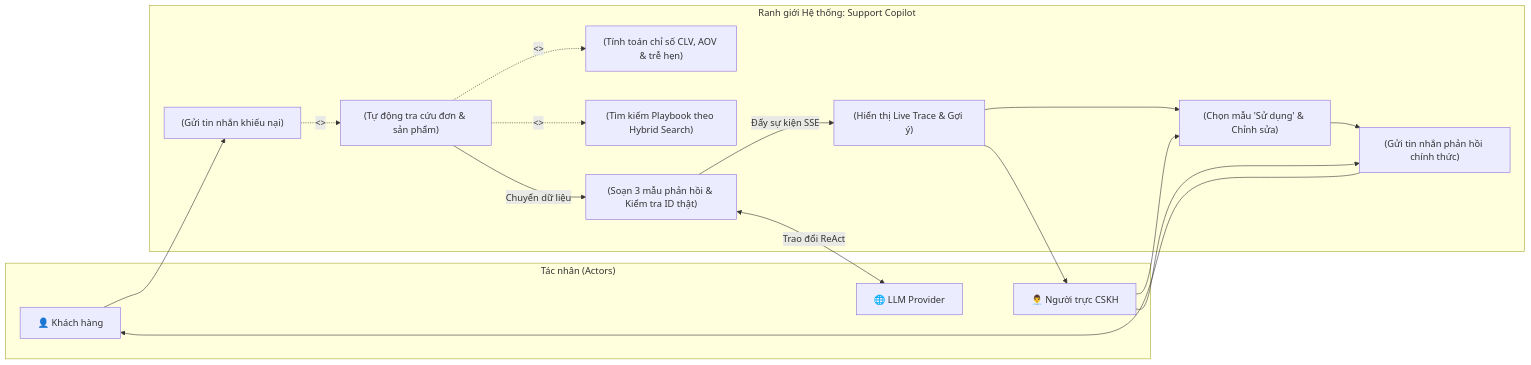
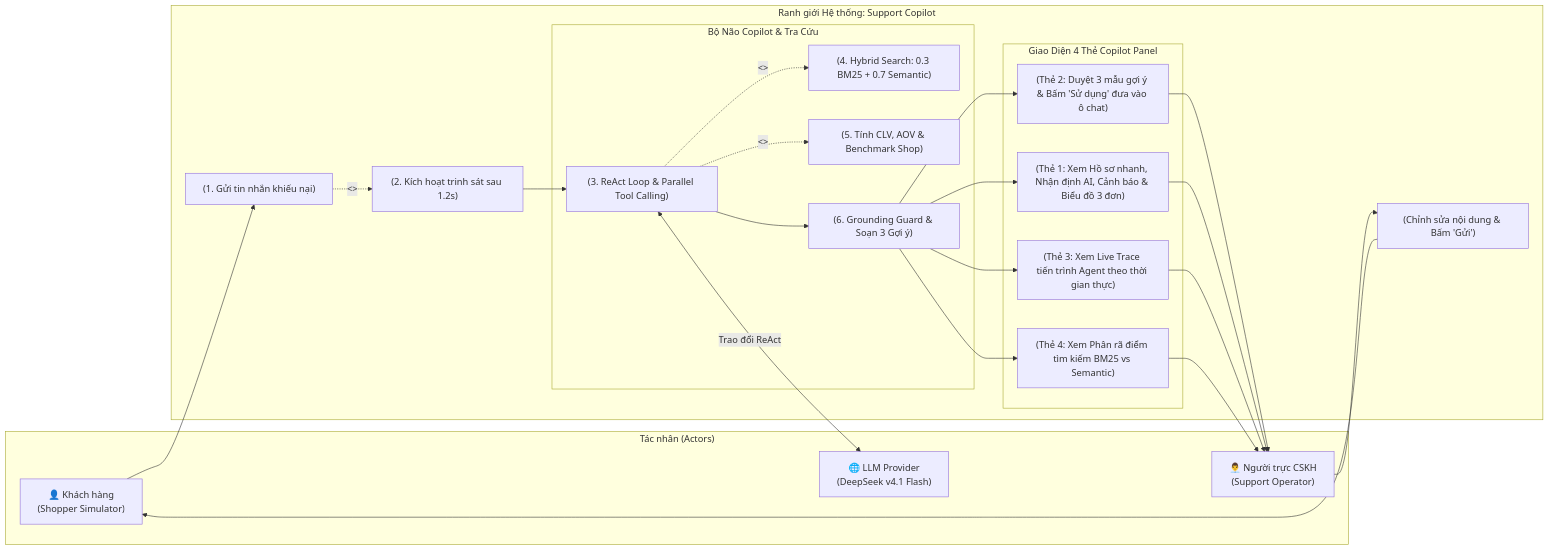
The second of 2 diagrams in docs/architecture/01-system-context.md (phamvantienkiz/copilot-support), drawn with Mermaid before and after one commit. The commit also changed other lines of this file and 6 other files, not shown here.

Commit message:
update architecture

````diff
--- a/docs/architecture/01-system-context.md
+++ b/docs/architecture/01-system-context.md
@@ -34,34 +34,48 @@
 ```mermaid
 flowchart LR
     subgraph Actors ["Tác nhân (Actors)"]
-        Customer["👤 Khách hàng"]
-        Operator["👨‍💼 Người trực CSKH"]
-        LLMService["🌐 LLM Provider"]
+        Customer["👤 Khách hàng\n(Shopper Simulator)"]
+        Operator["👨‍💼 Người trực CSKH\n(Support Operator)"]
+        LLMService["🌐 LLM Provider\n(DeepSeek v4.1 Flash)"]
     end
 
     subgraph SystemBoundary ["Ranh giới Hệ thống: Support Copilot"]
-        UC1["(Gửi tin nhắn khiếu nại)"]
-        UC2["(Tự động tra cứu đơn & sản phẩm)"]
-        UC3["(Tính toán chỉ số CLV, AOV & trễ hẹn)"]
-        UC4["(Tìm kiếm Playbook theo Hybrid Search)"]
-        UC5["(Soạn 3 mẫu phản hồi & Kiểm tra ID thật)"]
-        UC6["(Hiển thị Live Trace & Gợi ý)"]
-        UC7["(Chọn mẫu 'Sử dụng' & Chỉnh sửa)"]
-        UC8["(Gửi tin nhắn phản hồi chính thức)"]
+        UC1["(1. Gửi tin nhắn khiếu nại)"]
+        UC2["(2. Kích hoạt trinh sát sau 1.2s)"]
         
-        UC1 -.->|<<trigger sau 1.2s>>| UC2
-        UC2 -.->|<<include>>| UC3
-        UC2 -.->|<<include>>| UC4
-        UC2 -->|Chuyển dữ liệu| UC5
-        UC5 <-->|Trao đổi ReAct| LLMService
-        UC5 -->|Đẩy sự kiện SSE| UC6
+        subgraph CopilotCore ["Bộ Não Copilot & Tra Cứu"]
+            UC3["(3. ReAct Loop & Parallel Tool Calling)"]
+            UC4["(4. Hybrid Search: 0.3 BM25 + 0.7 Semantic)"]
+            UC5["(5. Tính CLV, AOV & Benchmark Shop)"]
+            UC6["(6. Grounding Guard & Soạn 3 Gợi ý)"]
+        end
+        
+        subgraph WorkspaceUI ["Giao Diện 4 Thẻ Copilot Panel"]
+            UC7["(Thẻ 1: Xem Hồ sơ nhanh, Nhận định AI, Cảnh báo & Biểu đồ 3 đơn)"]
+            UC8["(Thẻ 2: Duyệt 3 mẫu gợi ý & Bấm 'Sử dụng' đưa vào ô chat)"]
+            UC9["(Thẻ 3: Xem Live Trace tiến trình Agent theo thời gian thực)"]
+            UC10["(Thẻ 4: Xem Phân rã điểm tìm kiếm BM25 vs Semantic)"]
+        end
+        
+        UC11["(Chỉnh sửa nội dung & Bấm 'Gửi')"]
+        
+        UC1 -.->|<<trigger 1.2s>>| UC2
+        UC2 --> UC3
+        UC3 -.->|<<include>>| UC4
+        UC3 -.->|<<include>>| UC5
+        UC3 <-->|Trao đổi ReAct| LLMService
+        UC3 --> UC6
         UC6 --> UC7
-        UC7 --> UC8
+        UC6 --> UC8
+        UC6 --> UC9
+        UC6 --> UC10
+        UC8 --> Operator
+        Operator --> UC11
+        UC11 --> Customer
     end
 
     Customer --> UC1
-    UC6 --> Operator
-    Operator --> UC7
-    Operator --> UC8
-    UC8 --> Customer
+    UC7 --> Operator
+    UC9 --> Operator
+    UC10 --> Operator
 ```
````
